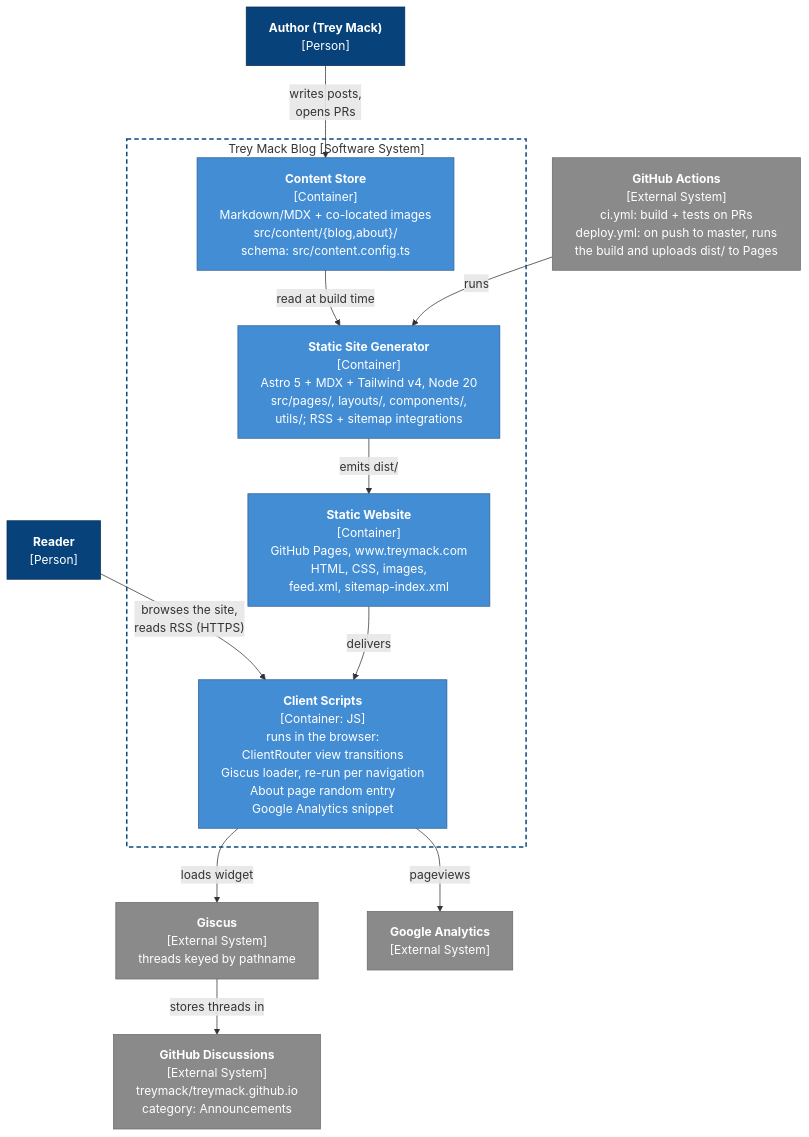
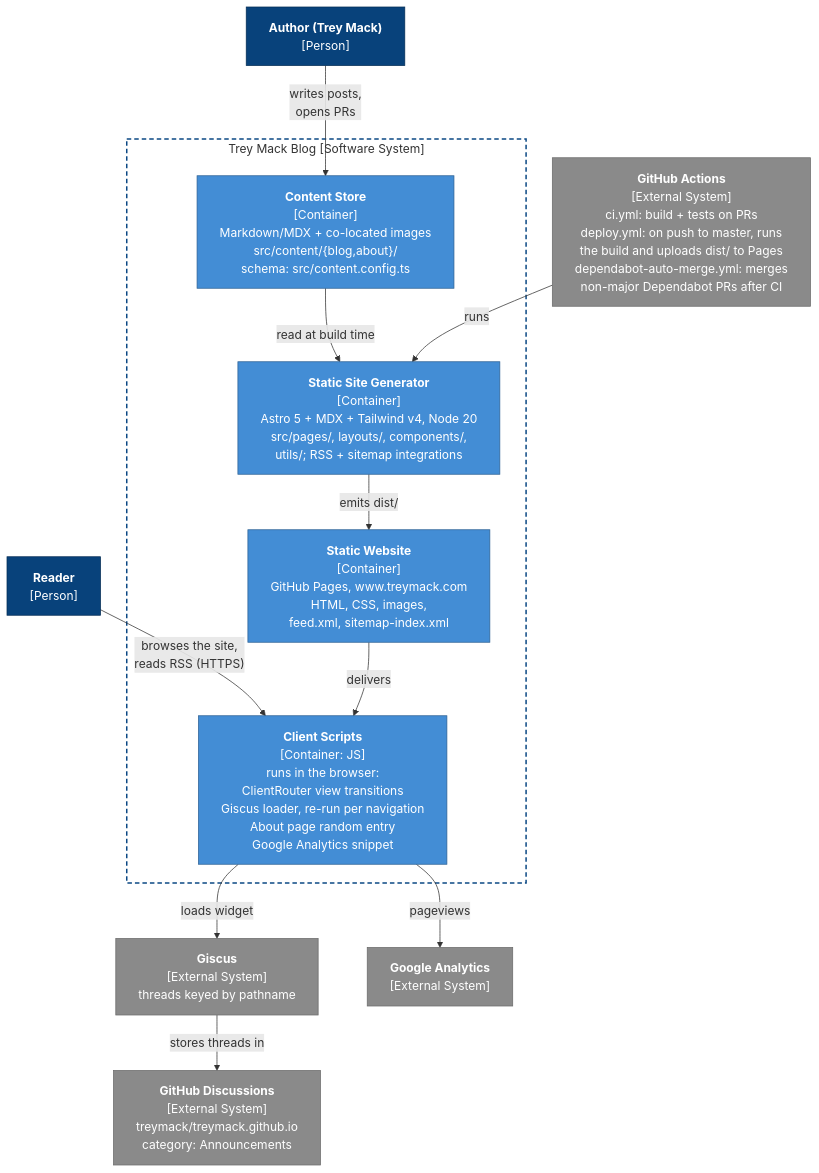
The second of 2 diagrams in docs/architecture.md (treymack/treymack.github.io), drawn with Mermaid before and after one commit. The commit also changed other lines of this file and 3 other files, not shown here.

Commit message:
Group Dependabot updates and auto-merge non-major ones after CI (#67)

````diff
--- a/docs/architecture.md
+++ b/docs/architecture.md
@@ -90,36 +90,36 @@
 ```mermaid
 %%{init: {"flowchart": {"wrappingWidth": 320}}}%%
 flowchart TB
   reader["<b>Reader</b><br/>[Person]"]
   author["<b>Author (Trey Mack)</b><br/>[Person]"]
 
   subgraph blog["Trey Mack Blog [Software System]"]
     content["<b>Content Store</b><br/>[Container]<br/>Markdown/MDX + co-located images<br/>src/content/{blog,about}/<br/>schema: src/content.config.ts"]
     ssg["<b>Static Site Generator</b><br/>[Container]<br/>Astro 5 + MDX + Tailwind v4, Node 20<br/>src/pages/, layouts/, components/,<br/>utils/; RSS + sitemap integrations"]
     site["<b>Static Website</b><br/>[Container]<br/>GitHub Pages, www.treymack.com<br/>HTML, CSS, images,<br/>feed.xml, sitemap-index.xml"]
     client["<b>Client Scripts</b><br/>[Container: JS]<br/>runs in the browser:<br/>ClientRouter view transitions<br/>Giscus loader, re-run per navigation<br/>About page random entry<br/>Google Analytics snippet"]
   end
 
   giscus["<b>Giscus</b><br/>[External System]<br/>threads keyed by pathname"]
   ga["<b>Google Analytics</b><br/>[External System]"]
-  actions["<b>GitHub Actions</b><br/>[External System]<br/>ci.yml: build + tests on PRs<br/>deploy.yml: on push to master, runs<br/>the build and uploads dist/ to Pages"]
+  actions["<b>GitHub Actions</b><br/>[External System]<br/>ci.yml: build + tests on PRs<br/>deploy.yml: on push to master, runs<br/>the build and uploads dist/ to Pages<br/>dependabot-auto-merge.yml: merges<br/>non-major Dependabot PRs after CI"]
   discussions["<b>GitHub Discussions</b><br/>[External System]<br/>treymack/treymack.github.io<br/>category: Announcements"]
 
   reader -->|"browses the site,<br/>reads RSS (HTTPS)"| client
   author -->|"writes posts,<br/>opens PRs"| content
   content -->|"read at build time"| ssg
   ssg -->|"emits dist/"| site
   site -->|"delivers"| client
   actions -->|"runs"| ssg
   client -->|"loads widget"| giscus
   client -->|"pageviews"| ga
   giscus -->|"stores threads in"| discussions
 
   classDef person fill:#08427b,stroke:#052e56,color:#fff
   classDef container fill:#438dd5,stroke:#2e6295,color:#fff
   classDef external fill:#8a8a8a,stroke:#6b6b6b,color:#fff
   class reader,author person
   class content,ssg,site,client container
   class giscus,ga,actions,discussions external
   style blog fill:none,stroke:#0b4884,stroke-width:2px,stroke-dasharray:6 4
 ```
````
